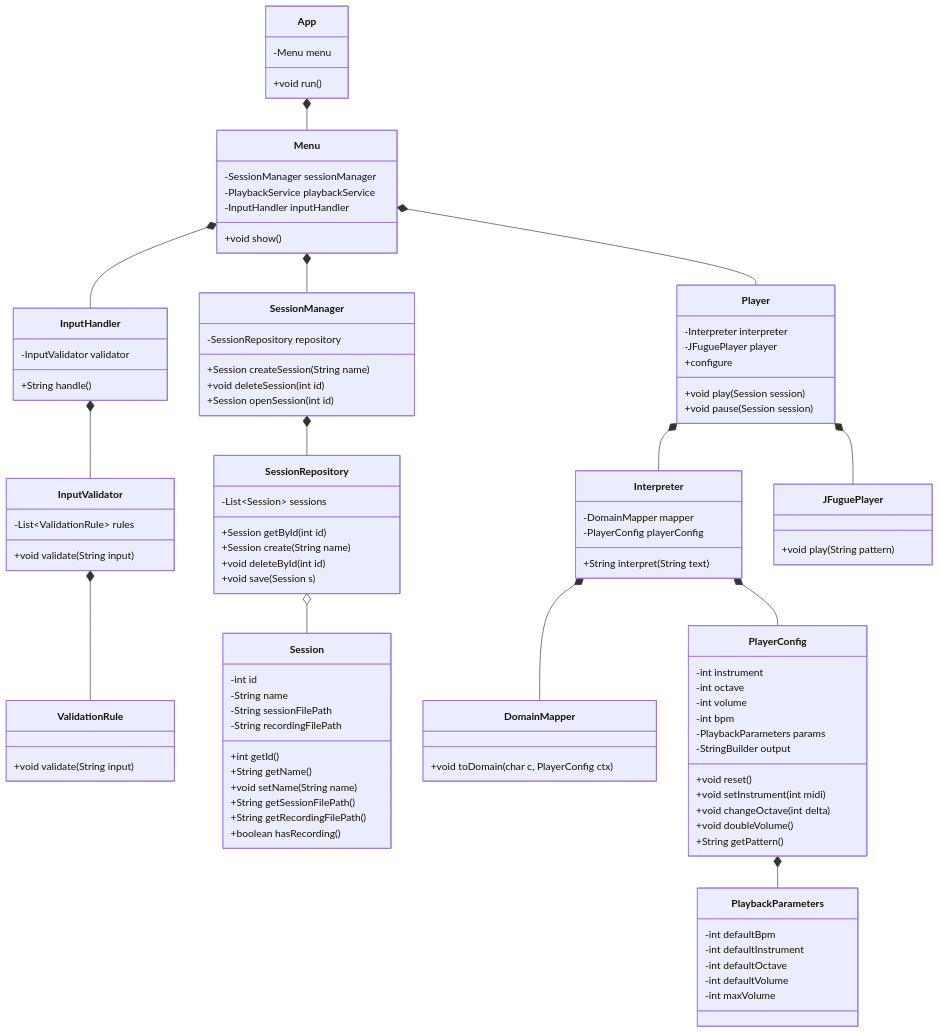
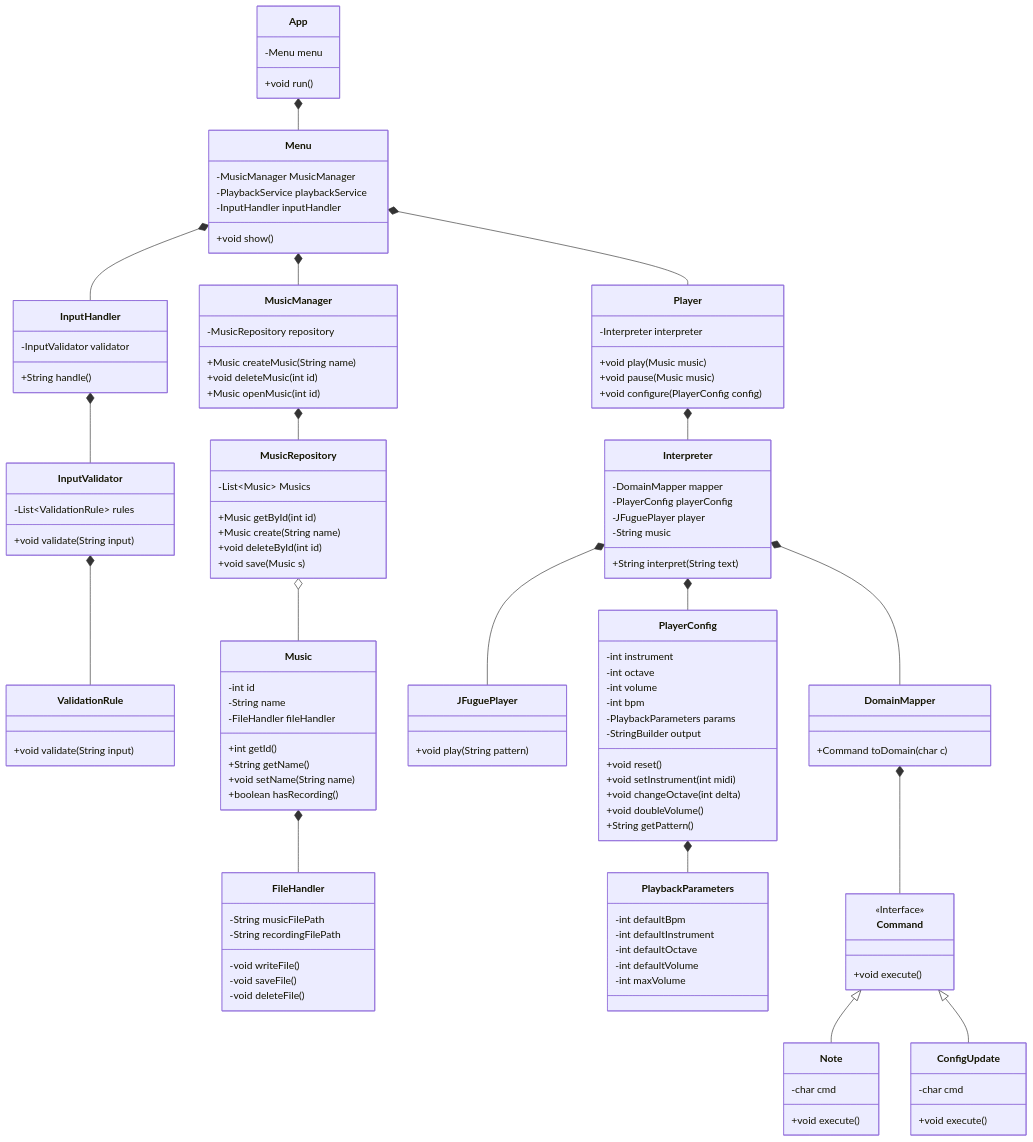
Before and after one commit to ExtremeNoHorse/inf01120-dev-sw: the diagram in classes/diagram.mmd, drawn with Mermaid. The commit also changed other lines of this file, not shown here.

Commit message:
updated classes

```diff
--- a/classes/diagram.mmd
+++ b/classes/diagram.mmd
@@ -1,115 +1,142 @@
 classDiagram
     App *-- Menu
-    Menu *-- SessionManager
+    Menu *-- MusicManager
     Menu *-- Player
     Menu *-- InputHandler
 
     InputHandler *-- InputValidator
     InputValidator *-- ValidationRule
 
-    SessionManager *-- SessionRepository
-    SessionRepository o-- Session
+    MusicManager *-- MusicRepository
+    MusicRepository o-- Music
+    Music *-- FileHandler
 
     Player *-- Interpreter
-    Player *-- JFuguePlayer
+    Interpreter *-- JFuguePlayer
     Interpreter *-- DomainMapper
     Interpreter *-- PlayerConfig
     PlayerConfig *-- PlaybackParameters
+
+    DomainMapper *-- Command
+    Command <|-- Note
+    Command <|-- ConfigUpdate
 
     class App {
         -Menu menu
         +void run()
     }
 
     class Menu {
-        -SessionManager sessionManager
+        -MusicManager MusicManager
         -PlaybackService playbackService
         -InputHandler inputHandler
         +void show()
     }
 
     class InputHandler {
         -InputValidator validator
         +String handle()
     }
 
     class InputValidator {
         -List~ValidationRule~ rules
         +void validate(String input)
     }
 
     class ValidationRule {
         +void validate(String input)
     }
 
-    class SessionManager {
-        -SessionRepository repository
-        +Session createSession(String name)
-        +void deleteSession(int id)
-        +Session openSession(int id)
+    class MusicManager {
+        -MusicRepository repository
+        +Music createMusic(String name)
+        +void deleteMusic(int id)
+        +Music openMusic(int id)
     }
 
-    class SessionRepository {
-        -List~Session~ sessions
-        +Session getById(int id)
-        +Session create(String name)
+    class MusicRepository {
+        -List~Music~ Musics
+        +Music getById(int id)
+        +Music create(String name)
         +void deleteById(int id)
-        +void save(Session s)
+        +void save(Music s)
     }
 
-    class Session {
+    class Music {
         -int id
         -String name
-        -String sessionFilePath
-        -String recordingFilePath
+        -FileHandler fileHandler
         +int getId()
         +String getName()
         +void setName(String name)
-        +String getSessionFilePath()
-        +String getRecordingFilePath()
         +boolean hasRecording()
+    }
+
+    class FileHandler {
+        -String musicFilePath
+        -String recordingFilePath
+        -void writeFile()
+        -void saveFile()
+        -void deleteFile()
     }
 
     class Player {
         -Interpreter interpreter
-        -JFuguePlayer player
-        +void play(Session session)
-        +void pause(Session session)
-        +configure
+        +void play(Music music)
+        +void pause(Music music)
+        +void configure(PlayerConfig config)
     }
 
     class Interpreter {
         -DomainMapper mapper
         -PlayerConfig playerConfig
+        -JFuguePlayer player
+        -String music
         +String interpret(String text)
     }
 
     class DomainMapper {
-        +void toDomain(char c, PlayerConfig ctx)
+        +Command toDomain(char c)
+    }
+
+    class Command {
+        <<Interface>>
+        +void execute()
+    }
+
+    class Note {
+        -char cmd
+
+        +void execute()
+    }
+
+    class ConfigUpdate {
+        -char cmd
+        +void execute()
     }
 
     class PlayerConfig {
         -int instrument
         -int octave
         -int volume
         -int bpm
         -PlaybackParameters params
         -StringBuilder output
         +void reset()
         +void setInstrument(int midi)
         +void changeOctave(int delta)
         +void doubleVolume()
         +String getPattern()
     }
 
     class PlaybackParameters {
         -int defaultBpm
         -int defaultInstrument
         -int defaultOctave
         -int defaultVolume
         -int maxVolume
     }
 
     class JFuguePlayer {
         +void play(String pattern)
     }
```
